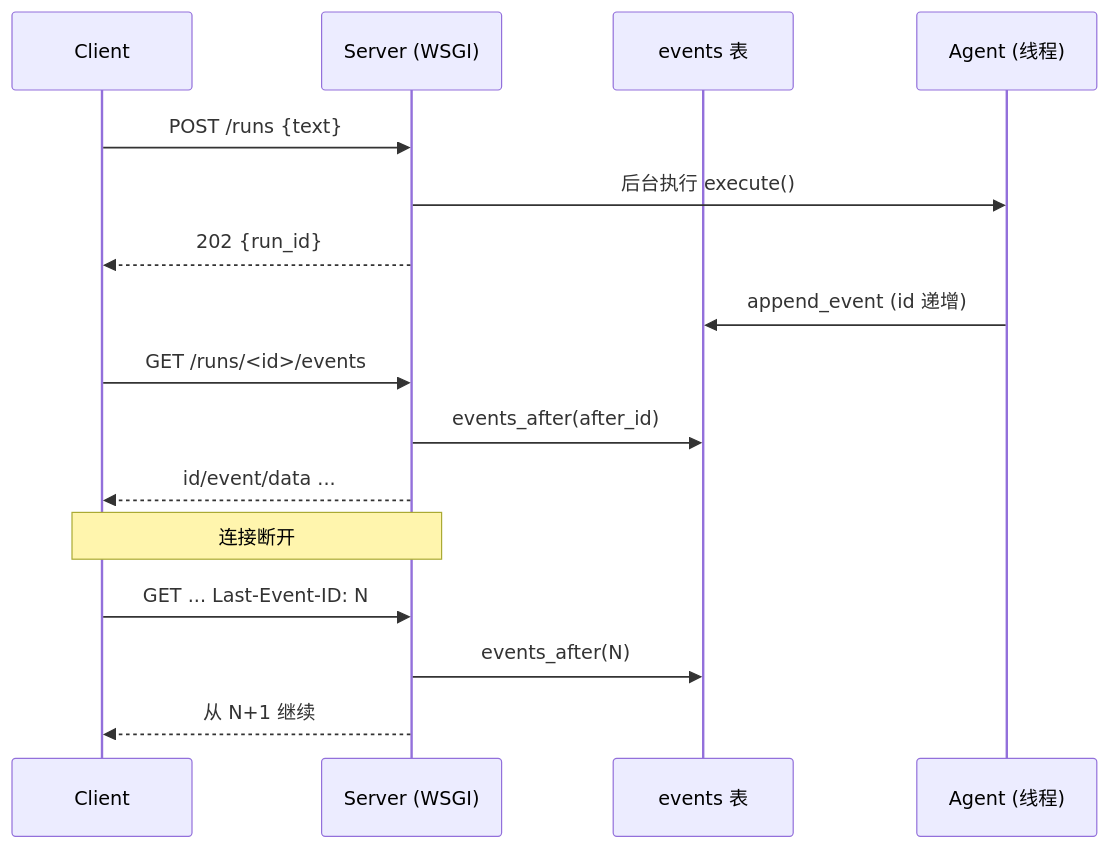
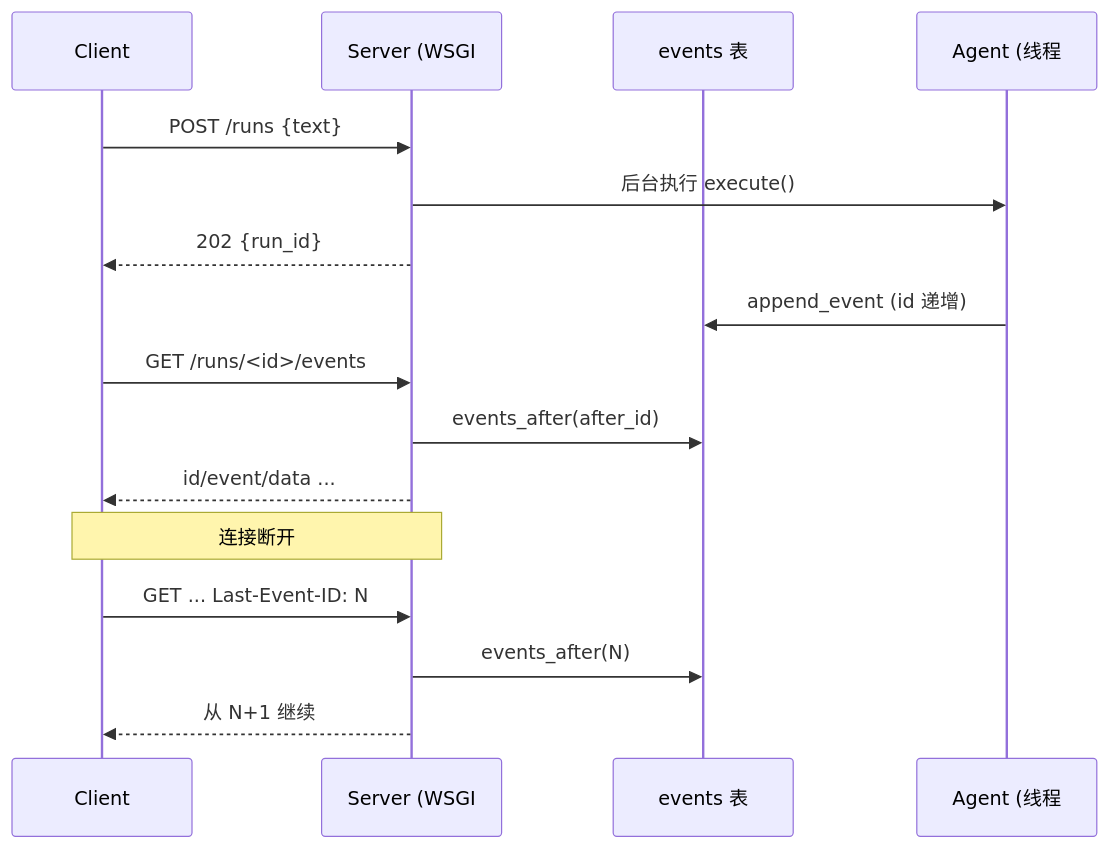
The diagram in work-agent-harness/doc/evoflow-学习规划/01-最小闭环/05-流式事件与断线恢复.md (G0-000/agent-book), drawn with Mermaid before and after one commit. The commit also changed 51 other files, not shown here.

First line of the commit message:
docs(evoflow-学习规划): 全章补齐「调用逻辑」时序图

````diff
--- a/work-agent-harness/doc/evoflow-学习规划/01-最小闭环/05-流式事件与断线恢复.md
+++ b/work-agent-harness/doc/evoflow-学习规划/01-最小闭环/05-流式事件与断线恢复.md
@@ -20,18 +20,18 @@
 ```mermaid
 sequenceDiagram
     participant C as Client
-    participant S as Server (WSGI)
+    participant S as Server (WSGI
     participant L as events 表
-    participant A as Agent (线程)
+    participant A as Agent (线程
     C->>S: POST /runs {text}
     S->>A: 后台执行 execute()
     S-->>C: 202 {run_id}
     A->>L: append_event (id 递增)
     C->>S: GET /runs/<id>/events
     S->>L: events_after(after_id)
     S-->>C: id/event/data ...
     Note over C,S: 连接断开
     C->>S: GET ... Last-Event-ID: N
     S->>L: events_after(N)
     S-->>C: 从 N+1 继续
 ```
````
